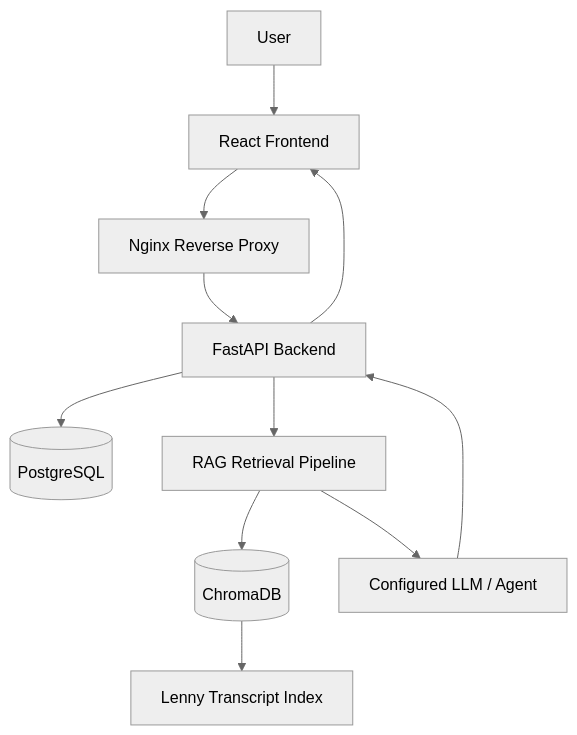
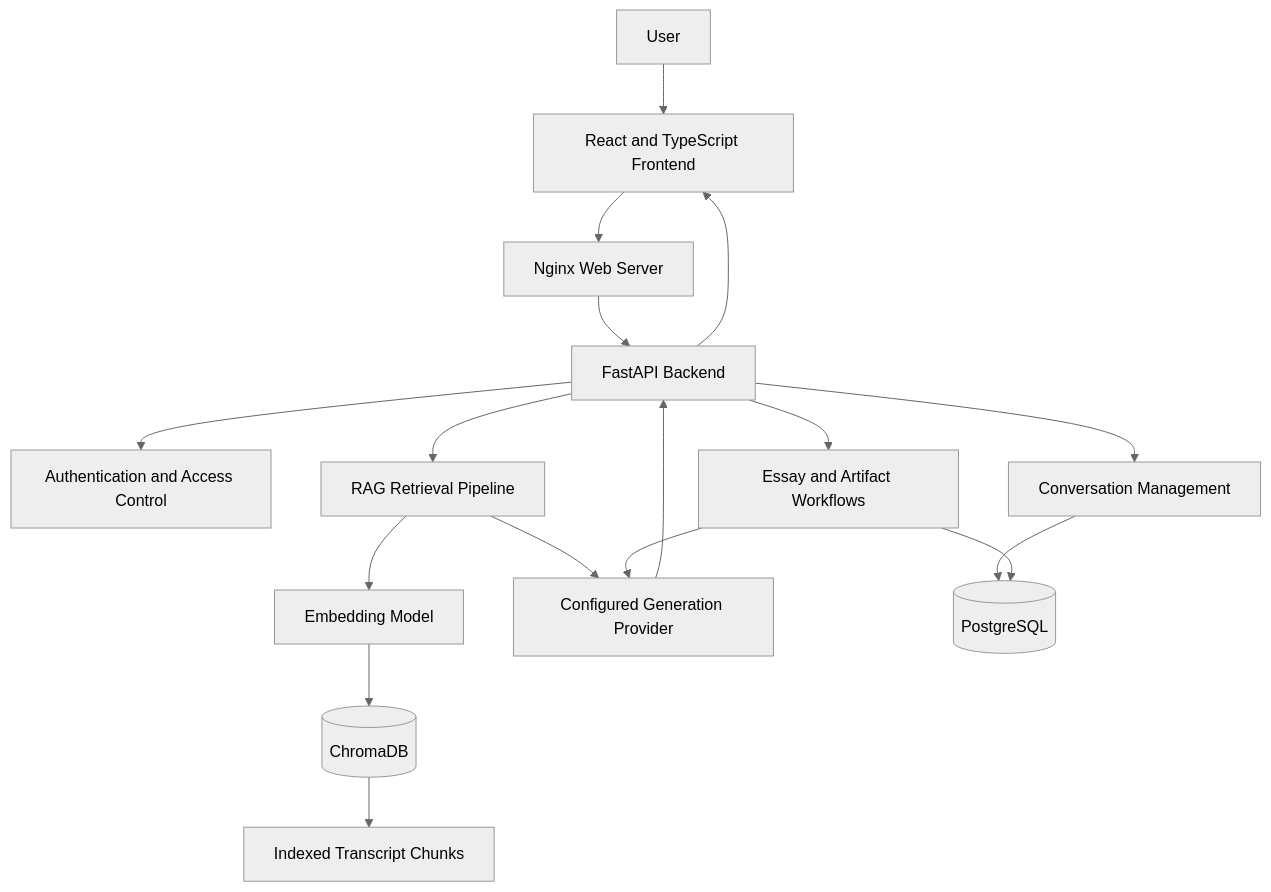
Before and after one commit to Harini-sri-r/The-Lenny-Growth-Assistant: the diagram in README.md, drawn with Mermaid (neutral theme). The commit also changed other lines of this file, not shown here.

````diff
--- a/README.md
+++ b/README.md
@@ -35,13 +149,23 @@
 ```mermaid
 flowchart TD
-    U[User] --> FE[React Frontend]
-    FE --> NG[Nginx Reverse Proxy]
-    NG --> API[FastAPI Backend]
-    API --> DB[(PostgreSQL)]
+    U[User] --> FE[React and TypeScript Frontend]
+    FE --> WEB[Nginx Web Server]
+    WEB --> API[FastAPI Backend]
+
+    API --> AUTH[Authentication and Access Control]
+    API --> CHAT[Conversation Management]
     API --> RAG[RAG Retrieval Pipeline]
-    RAG --> VDB[(ChromaDB)]
-    VDB --> DOC[Lenny Transcript Index]
-    RAG --> AI[Configured LLM / Agent]
-    AI --> API
+    API --> WRITE[Essay and Artifact Workflows]
+
+    RAG --> EMB[Embedding Model]
+    EMB --> VDB[(ChromaDB)]
+    VDB --> DOC[Indexed Transcript Chunks]
+
+    RAG --> LLM[Configured Generation Provider]
+    WRITE --> LLM
+
+    LLM --> API
+    CHAT --> PG[(PostgreSQL)]
+    WRITE --> PG
     API --> FE
 ```
````
